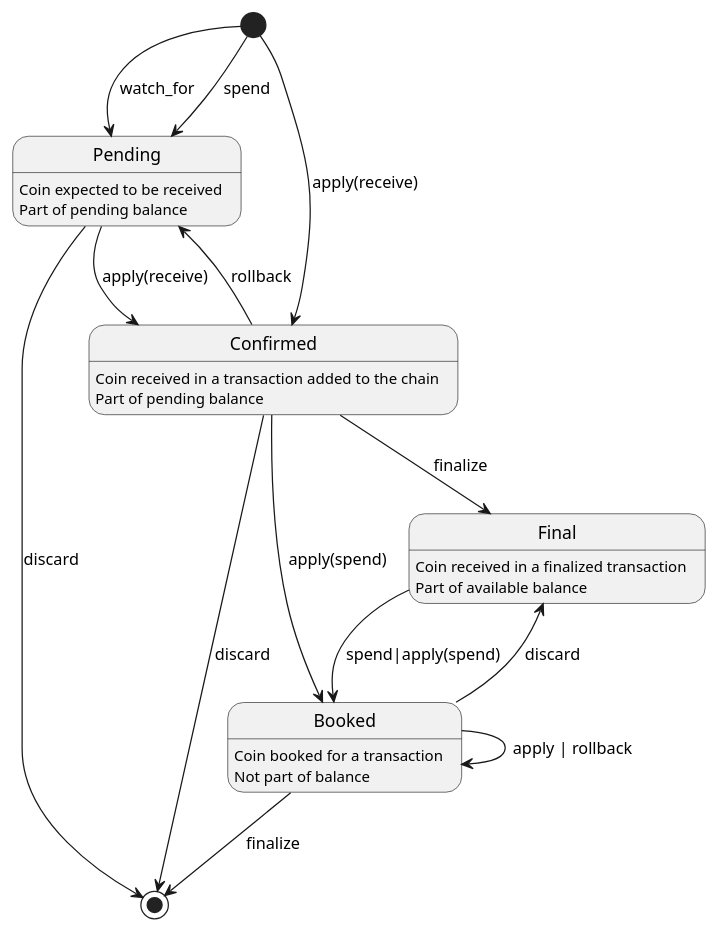
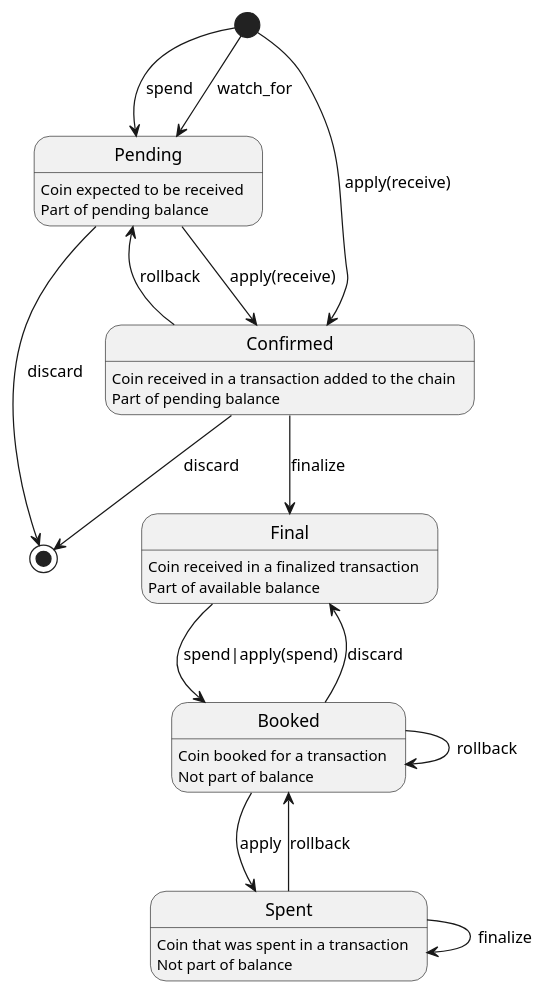
One commit to midnightntwrk/midnight-architecture changed the diagram in components/WalletEngine/coin-lifecycle.puml. Above: the diagram before and after it, drawn with PlantUML. The commit also changed 2 other files, not shown here.

Commit message:
[PM-9203] Refine descriptions and tx and coin lifecycles, add practical considerations

```diff
--- a/components/WalletEngine/coin-lifecycle.puml
+++ b/components/WalletEngine/coin-lifecycle.puml
@@ -1,22 +1,25 @@
 @startuml
 
 state pending as "Pending": Coin expected to be received\nPart of pending balance
 state confirmed as "Confirmed": Coin received in a transaction added to the chain\nPart of pending balance
 state final as "Final": Coin received in a finalized transaction\nPart of available balance
 state booked as "Booked": Coin booked for a transaction\nNot part of balance
+state spent as "Spent" : Coin that was spent in a transaction\nNot part of balance
 
 [*] --> confirmed : apply(receive)
 [*] --> pending : spend
 [*] --> pending : watch_for
 pending --> confirmed : apply(receive)
 confirmed --> final : finalize
 confirmed --> pending : rollback
 confirmed --> [*] : discard
 final --> booked : spend|apply(spend)
-confirmed --> booked : apply(spend)
-booked --> booked : apply | rollback
-booked --> [*] : finalize
+
+booked --> spent : apply
+booked --> booked : rollback
 booked --> final : discard
 pending --> [*] : discard
+spent --> booked : rollback
+spent --> spent : finalize
 
 @enduml
```
